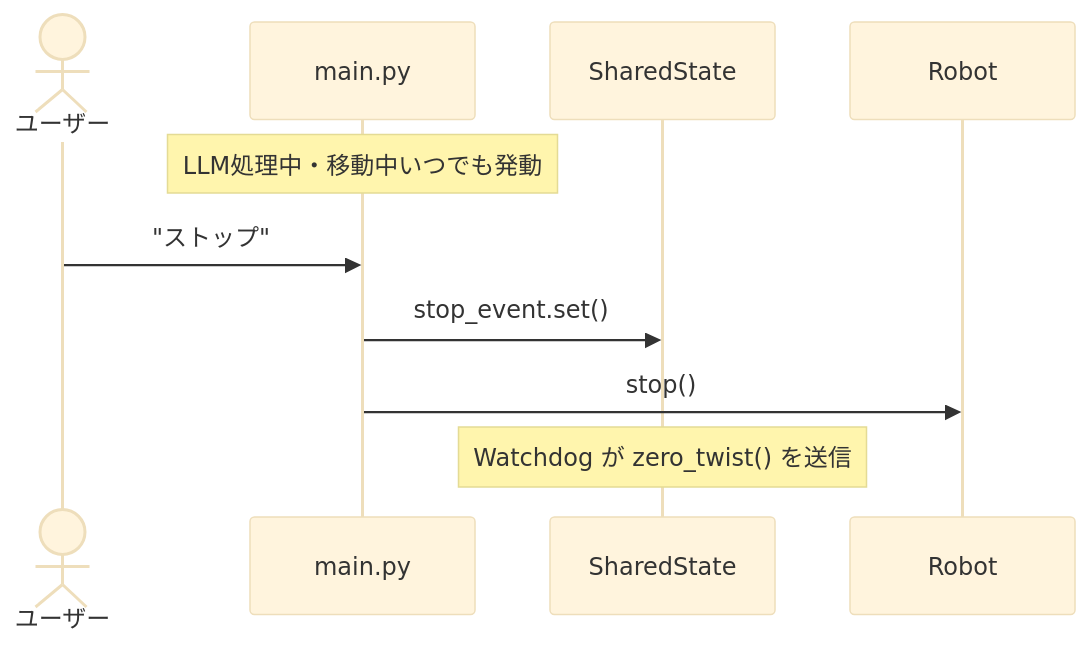
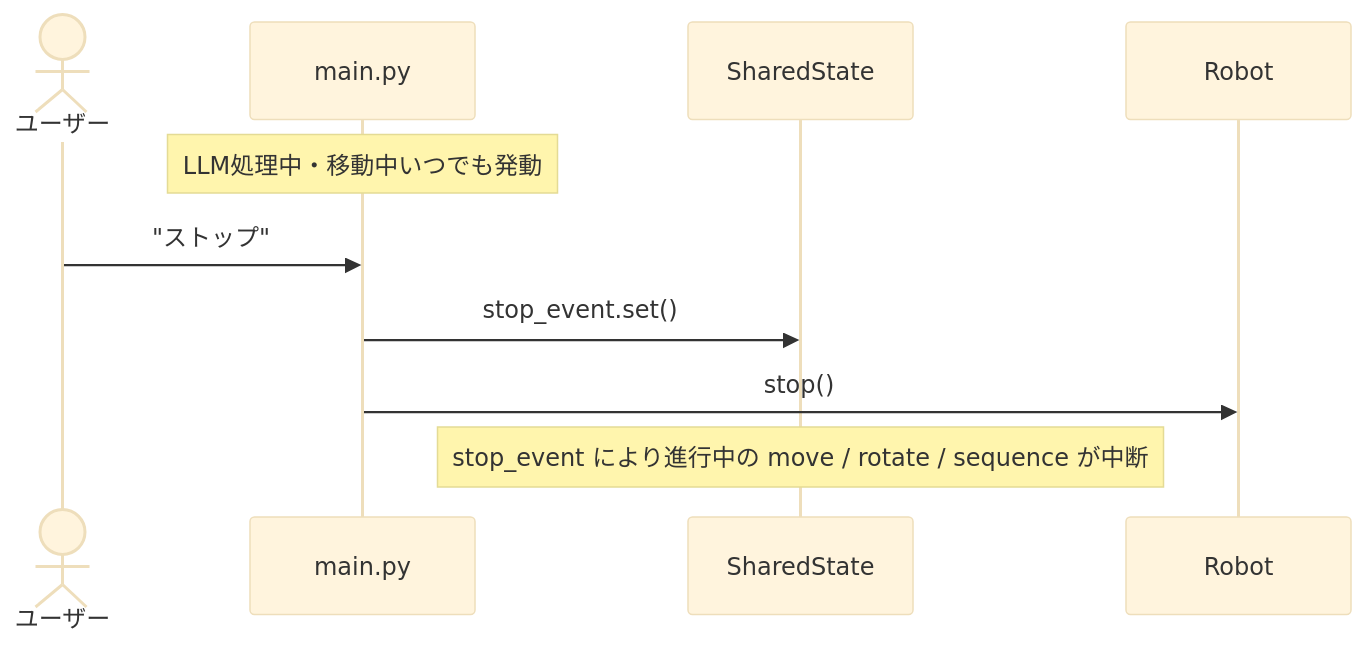
Before and after one commit to sato-susumu/susumu_agent: the sixth of 11 diagrams in docs/Design.md, drawn with Mermaid (base theme). The commit also changed other lines of this file and 13 other files, not shown here.

````diff
--- a/docs/Design.md
+++ b/docs/Design.md
@@ -409,12 +447,12 @@
 ```mermaid
 sequenceDiagram
     actor User as ユーザー
     participant Main as main.py
     participant State as SharedState
 
     Note over Main: LLM処理中・移動中いつでも発動
     User->>Main: "ストップ"
     Main->>State: stop_event.set()
     Main->>Robot: stop()
-    Note over State: Watchdog が zero_twist() を送信
+    Note over State: stop_event により進行中の move / rotate / sequence が中断
 ```
````
